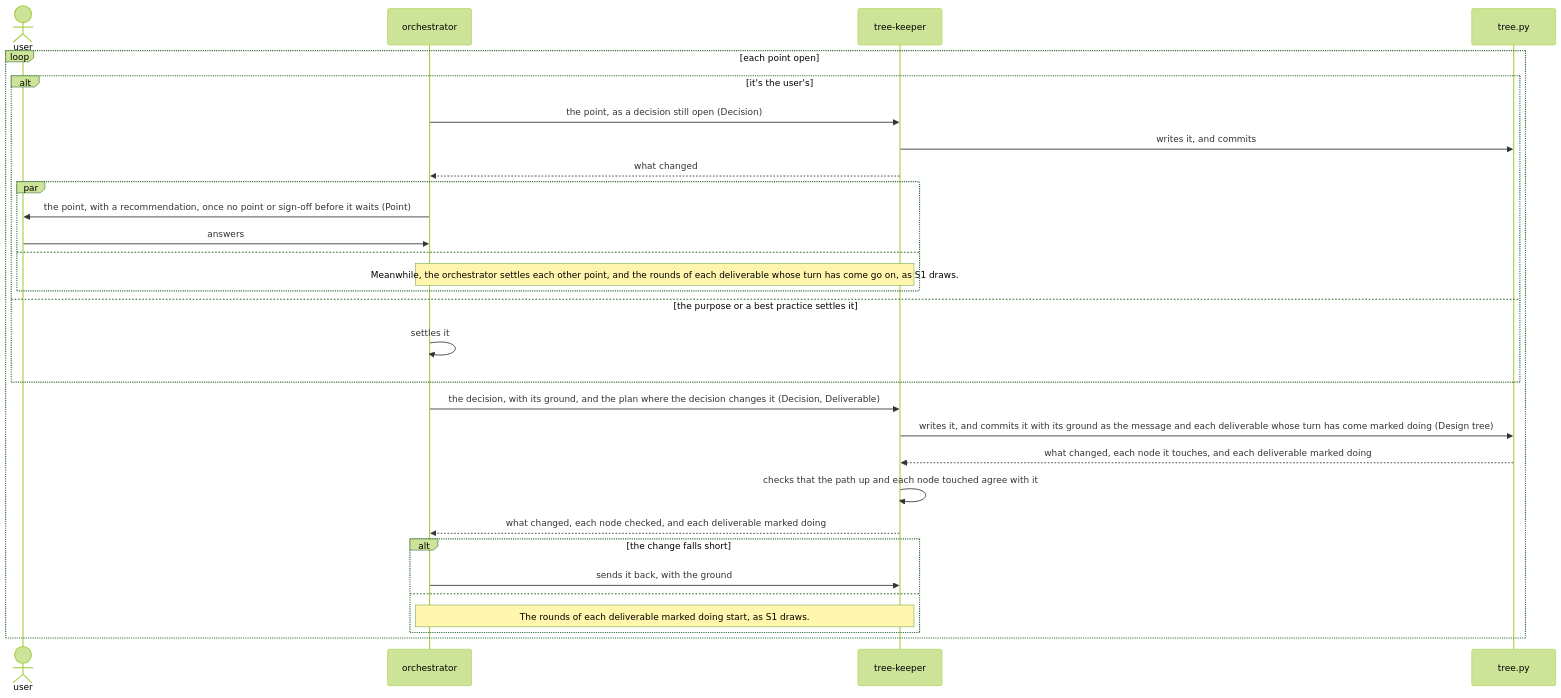
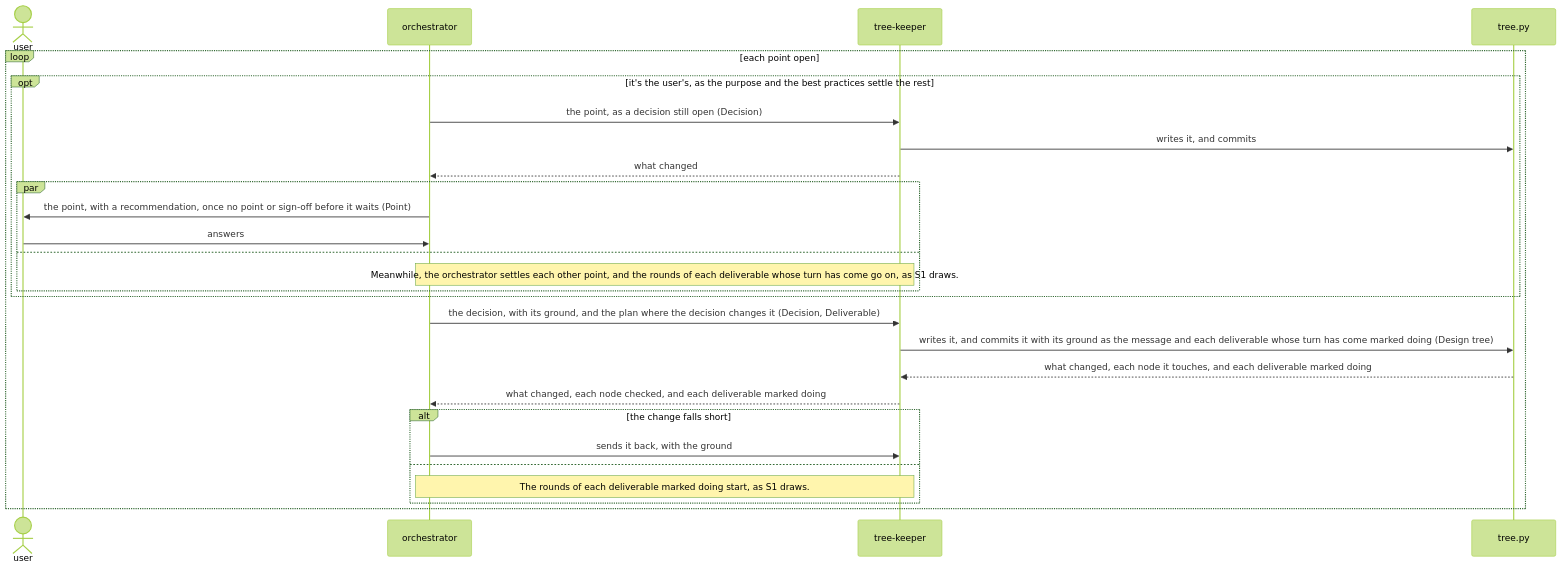
One commit to lovaizu/ccpm changed the second of 6 diagrams in dev/rn/architecture.md. Above: the diagram before and after it, drawn with Mermaid (forest theme). The commit also changed other lines of this file and 7 other files, not shown here.

````diff
--- a/dev/rn/architecture.md
+++ b/dev/rn/architecture.md
@@ -268,32 +268,29 @@
 ```mermaid
 sequenceDiagram
   actor U as user
   participant O as orchestrator
   participant K as tree-keeper
   participant T as tree.py
   loop each point open
-    alt it's the user's
+    opt it's the user's, as the purpose and the best practices settle the rest
       O->>K: the point, as a decision still open (Decision)
       K->>T: writes it, and commits
       K-->>O: what changed
       par
         O->>U: the point, with a recommendation, once no point or sign-off before it waits (Point)
         U->>O: answers
       and
         Note over O,K: Meanwhile, the orchestrator settles each other point, and the rounds of each deliverable whose turn has come go on, as S1 draws.
       end
-    else the purpose or a best practice settles it
-      O->>O: settles it
     end
     O->>K: the decision, with its ground, and the plan where the decision changes it (Decision, Deliverable)
     K->>T: writes it, and commits it with its ground as the message and each deliverable whose turn has come marked doing (Design tree)
     T-->>K: what changed, each node it touches, and each deliverable marked doing
-    K->>K: checks that the path up and each node touched agree with it
     K-->>O: what changed, each node checked, and each deliverable marked doing
     alt the change falls short
       O->>K: sends it back, with the ground
     else
       Note over O,K: The rounds of each deliverable marked doing start, as S1 draws.
     end
   end
 ```
````
